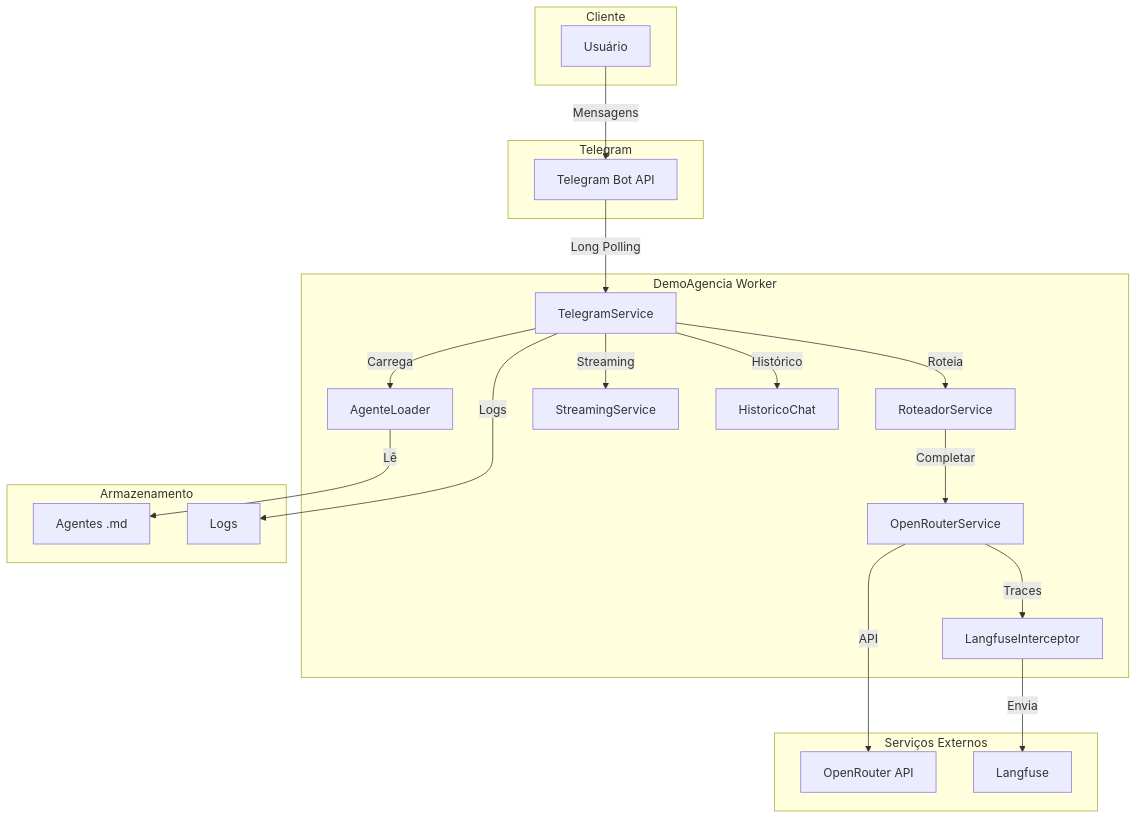
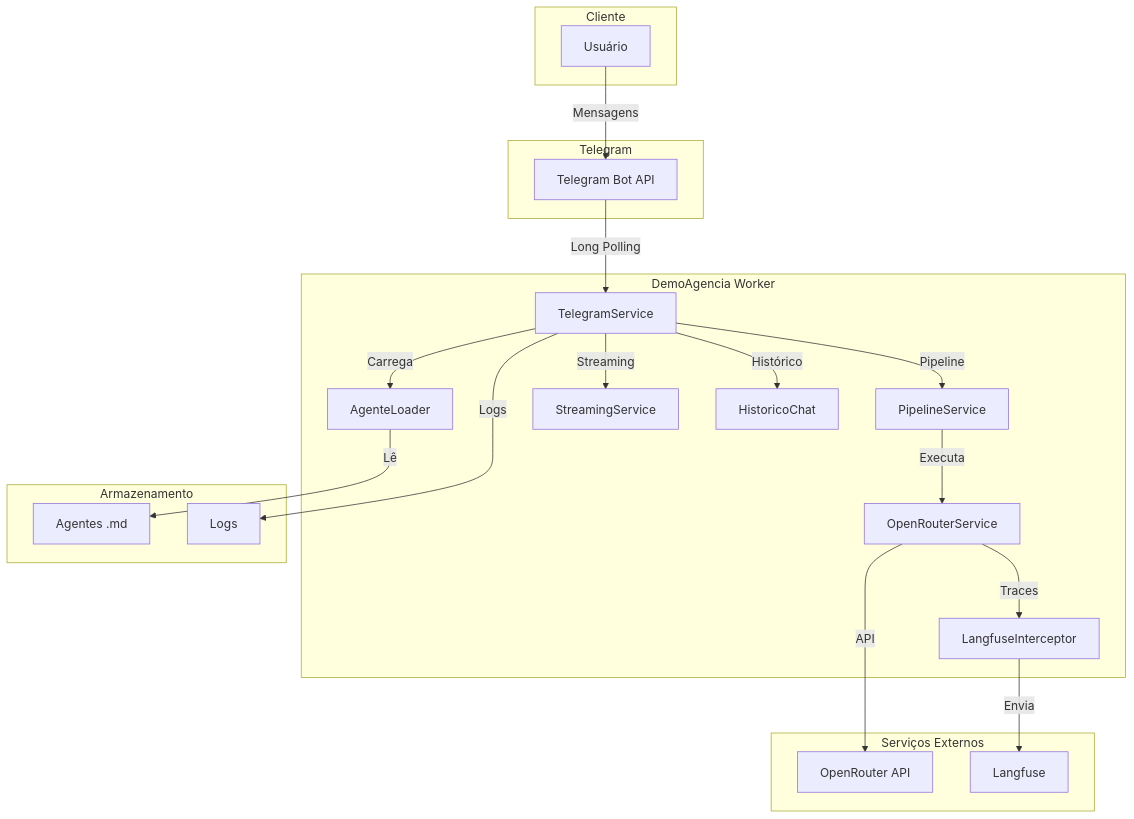
The first of 15 diagrams in docs/ARCHITECTURE.md (joaopedro-marques/suspira.fluxo.demo), drawn with Mermaid before and after one commit. The commit also changed other lines of this file and 3 other files, not shown here.

First line of the commit message:
docs: update diagrams for multi-agent pipeline

````diff
--- a/docs/ARCHITECTURE.md
+++ b/docs/ARCHITECTURE.md
@@ -9,43 +9,43 @@
 ```mermaid
 graph TB
     subgraph "Cliente"
         User[Usuário]
     end
     
     subgraph "Telegram"
         Bot[Telegram Bot API]
     end
     
     subgraph "DemoAgencia Worker"
         TS[TelegramService]
         AL[AgenteLoader]
-        RS[RoteadorService]
+        PS[PipelineService]
         OR[OpenRouterService]
         SS[StreamingService]
         HC[HistoricoChat]
         LI[LangfuseInterceptor]
     end
     
     subgraph "Serviços Externos"
         OR_API[OpenRouter API]
         LF[Langfuse]
     end
     
     subgraph "Armazenamento"
         MD[Agentes .md]
         LOG[Logs]
     end
     
     User -->|Mensagens| Bot
     Bot -->|Long Polling| TS
     TS -->|Carrega| AL
-    TS -->|Roteia| RS
-    RS -->|Completar| OR
+    TS -->|Pipeline| PS
+    PS -->|Executa| OR
     OR -->|API| OR_API
     OR -->|Traces| LI
     LI -->|Envia| LF
     TS -->|Streaming| SS
     TS -->|Histórico| HC
     AL -->|Lê| MD
     TS -->|Logs| LOG
 ```
````
